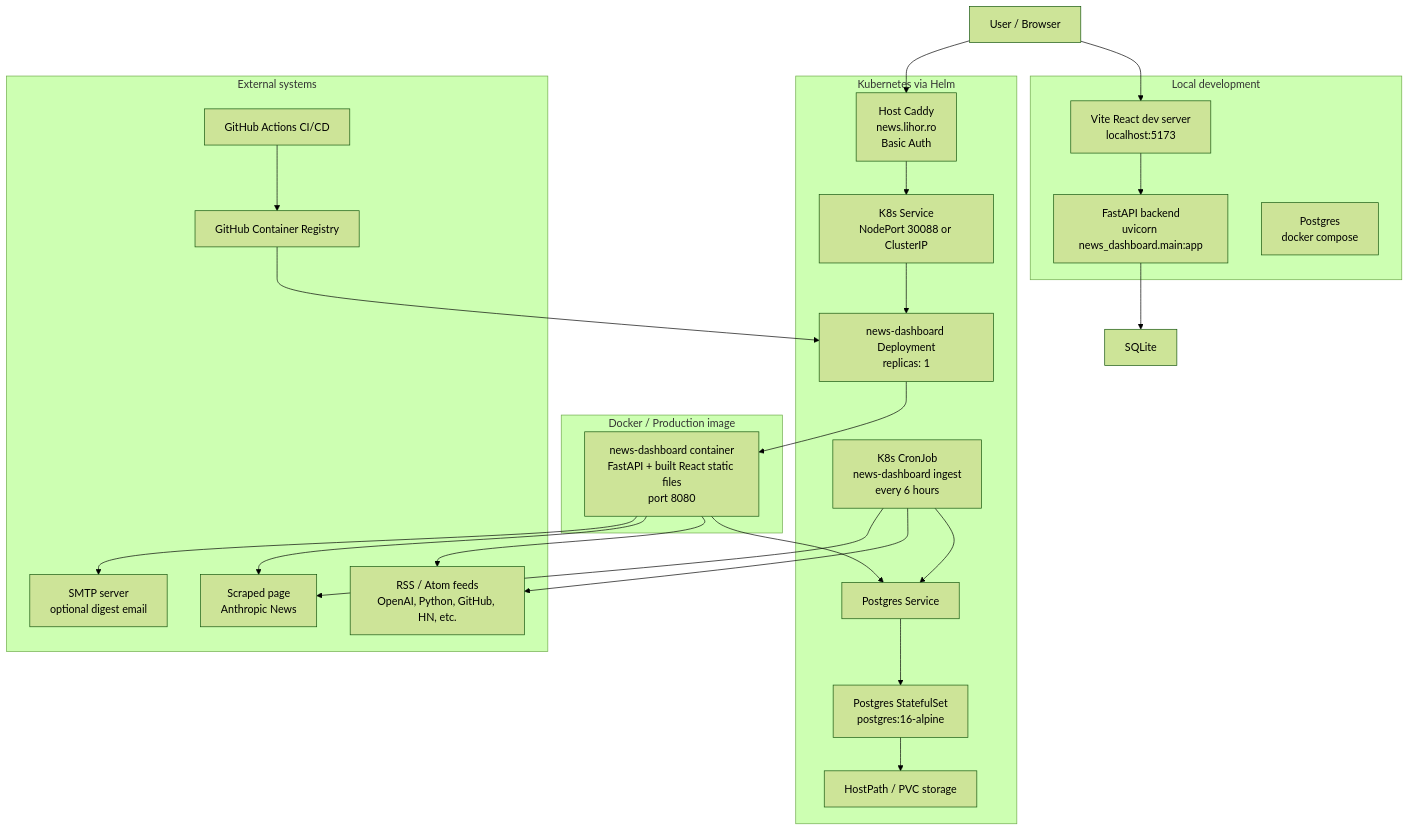
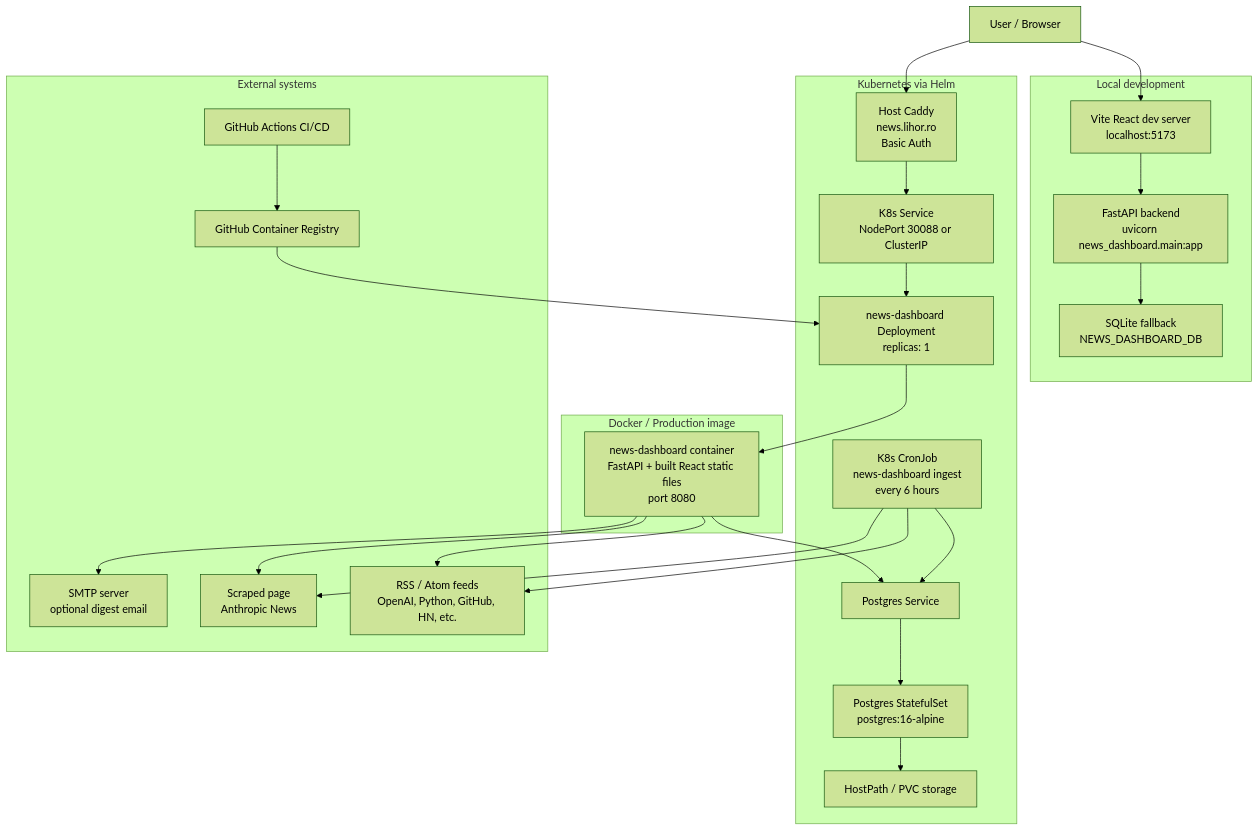
Before and after one commit to lihor-hub/news-dashboard: the first of 5 diagrams in docs/ARCHITECTURE.md, drawn with Mermaid (forest theme). The commit also changed other lines of this file and 15 other files, not shown here.

````diff
--- a/docs/ARCHITECTURE.md
+++ b/docs/ARCHITECTURE.md
@@ -14,50 +14,50 @@
 ```mermaid
 flowchart TB
   User["User / Browser"]
 
   subgraph LocalDev["Local development"]
     Vite["Vite React dev server<br/>localhost:5173"]
     FastAPIDev["FastAPI backend<br/>uvicorn news_dashboard.main:app"]
-    LocalPostgres["Postgres<br/>docker compose"]
+    SQLite["SQLite fallback<br/>NEWS_DASHBOARD_DB"]
   end
 
   subgraph Container["Docker / Production image"]
     App["news-dashboard container<br/>FastAPI + built React static files<br/>port 8080"]
   end
 
   subgraph Kubernetes["Kubernetes via Helm"]
     Caddy["Host Caddy<br/>news.lihor.ro<br/>Basic Auth"]
     Service["K8s Service<br/>NodePort 30088 or ClusterIP"]
     Deployment["news-dashboard Deployment<br/>replicas: 1"]
     CronJob["K8s CronJob<br/>news-dashboard ingest<br/>every 6 hours"]
     PostgresSvc["Postgres Service"]
     Postgres["Postgres StatefulSet<br/>postgres:16-alpine"]
     PVC["HostPath / PVC storage"]
   end
 
   subgraph External["External systems"]
     Feeds["RSS / Atom feeds<br/>OpenAI, Python, GitHub, HN, etc."]
     Scraped["Scraped page<br/>Anthropic News"]
     SMTP["SMTP server<br/>optional digest email"]
     GHCR["GitHub Container Registry"]
     Actions["GitHub Actions CI/CD"]
   end
 
   User --> Vite
   Vite --> FastAPIDev
   FastAPIDev --> SQLite
 
   User --> Caddy --> Service --> Deployment
   Deployment --> App
   App --> PostgresSvc --> Postgres --> PVC
   CronJob --> PostgresSvc
   CronJob --> Feeds
   CronJob --> Scraped
 
   App --> Feeds
   App --> Scraped
   App --> SMTP
 
   Actions --> GHCR
   GHCR --> Deployment
 ```
````
